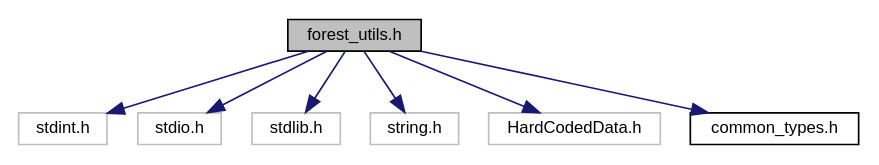
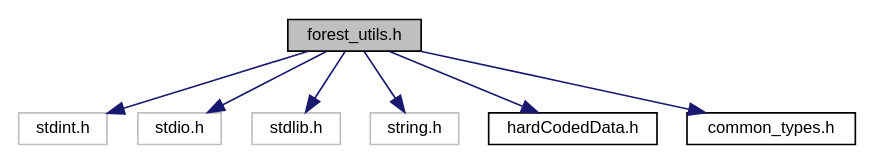
One commit to LevyMatan/ISP_ex1_doc changed the diagram in forest__utils_8h__incl.dot. Above: the diagram before and after it, drawn with Graphviz. The commit also changed 73 other files, not shown here.

```diff
--- a/forest__utils_8h__incl.dot
+++ b/forest__utils_8h__incl.dot
@@ -1,20 +1,20 @@
 digraph "forest_utils.h"
 {
  // INTERACTIVE_SVG=YES
  // LATEX_PDF_SIZE
   edge [fontname="Helvetica",fontsize="10",labelfontname="Helvetica",labelfontsize="10"];
   node [fontname="Helvetica",fontsize="10",shape=record];
   Node1 [label="forest_utils.h",height=0.2,width=0.4,color="black", fillcolor="grey75", style="filled", fontcolor="black",tooltip="This sub-module will handle all forest related functions."];
   Node1 -> Node2 [color="midnightblue",fontsize="10",style="solid",fontname="Helvetica"];
   Node2 [label="stdint.h",height=0.2,width=0.4,color="grey75", fillcolor="white", style="filled",tooltip=" "];
   Node1 -> Node3 [color="midnightblue",fontsize="10",style="solid",fontname="Helvetica"];
   Node3 [label="stdio.h",height=0.2,width=0.4,color="grey75", fillcolor="white", style="filled",tooltip=" "];
   Node1 -> Node4 [color="midnightblue",fontsize="10",style="solid",fontname="Helvetica"];
   Node4 [label="stdlib.h",height=0.2,width=0.4,color="grey75", fillcolor="white", style="filled",tooltip=" "];
   Node1 -> Node5 [color="midnightblue",fontsize="10",style="solid",fontname="Helvetica"];
   Node5 [label="string.h",height=0.2,width=0.4,color="grey75", fillcolor="white", style="filled",tooltip=" "];
   Node1 -> Node6 [color="midnightblue",fontsize="10",style="solid",fontname="Helvetica"];
-  Node6 [label="HardCodedData.h",height=0.2,width=0.4,color="grey75", fillcolor="white", style="filled",tooltip=" "];
+  Node6 [label="hardCodedData.h",height=0.2,width=0.4,color="black", fillcolor="white", style="filled",URL="$_father_2hard_coded_data_8h.html",tooltip="Father hard coded data. Instead of using magic numbers and string in the code, meanigful defined name..."];
   Node1 -> Node7 [color="midnightblue",fontsize="10",style="solid",fontname="Helvetica"];
   Node7 [label="common_types.h",height=0.2,width=0.4,color="black", fillcolor="white", style="filled",URL="$common__types_8h.html",tooltip="Hold common defenitions and types."];
 }
```
